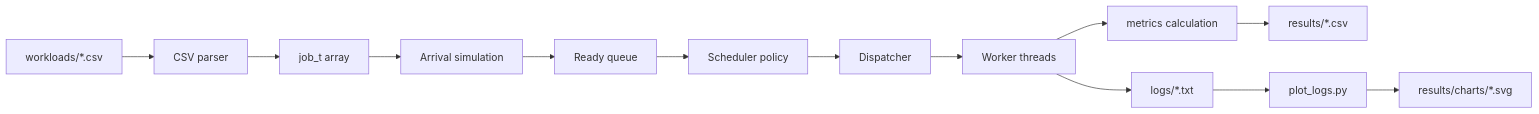
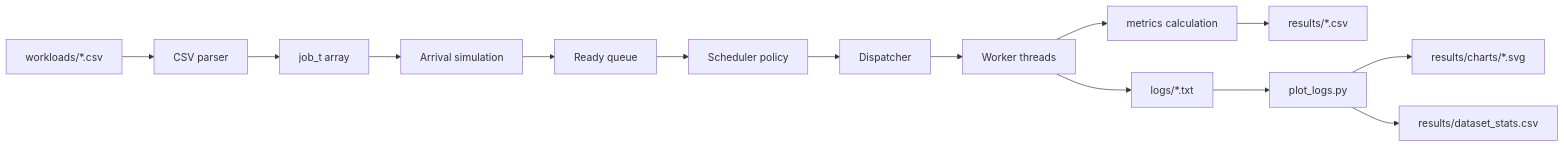
Before and after one commit to 5vibecoderhcmut/week_4_lab_OS: the fifth of 5 diagrams in docs/project_workflow.md, drawn with Mermaid. The commit also changed other lines of this file and 11 other files, not shown here.

Commit message:
Add workload dataset statistics charts

````diff
--- a/docs/project_workflow.md
+++ b/docs/project_workflow.md
@@ -110,15 +113,16 @@
 ```mermaid
 flowchart LR
     Workloads["workloads/*.csv"] --> Parser["CSV parser"]
     Parser --> Jobs["job_t array"]
     Jobs --> Arrival["Arrival simulation"]
     Arrival --> ReadyQueue["Ready queue"]
     ReadyQueue --> Scheduler["Scheduler policy"]
     Scheduler --> Dispatcher["Dispatcher"]
     Dispatcher --> Workers["Worker threads"]
     Workers --> Logs["logs/*.txt"]
     Workers --> Metrics["metrics calculation"]
     Metrics --> Results["results/*.csv"]
     Logs --> Plotter["plot_logs.py"]
     Plotter --> Charts["results/charts/*.svg"]
+    Plotter --> DatasetStats["results/dataset_stats.csv"]
 ```
````
